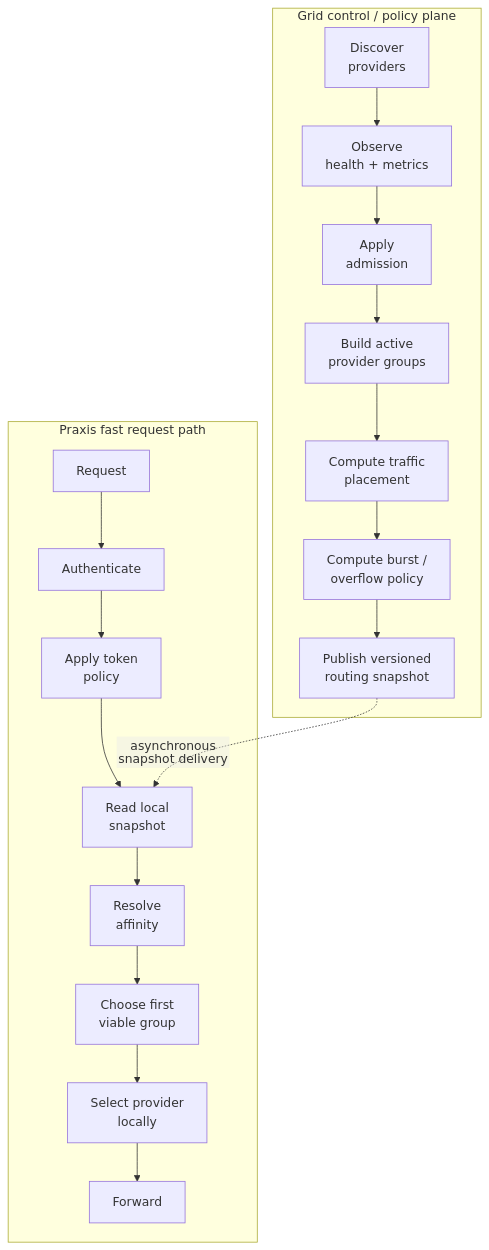
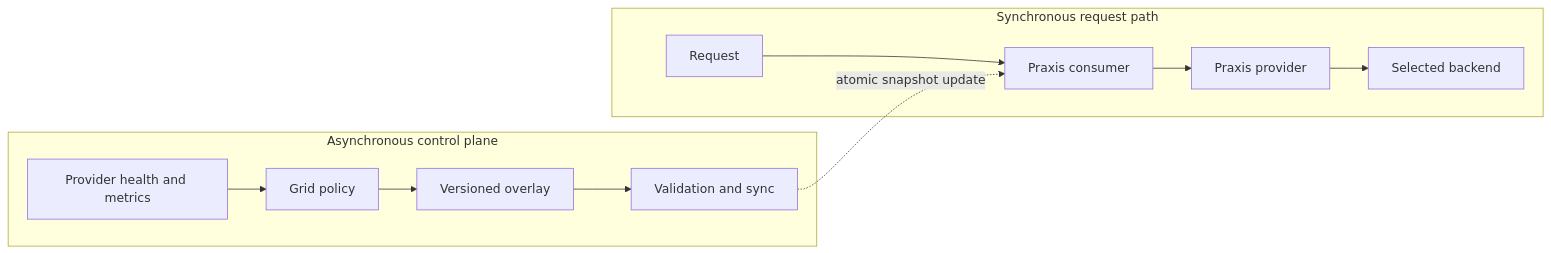
One commit to nerdalert/experimental changed the second of 5 diagrams in demos/grid-cloud-burst/README.md. Above: the diagram before and after it, drawn with Mermaid. The commit also changed other lines of this file and 6 other files, not shown here.

Commit message:
docs(burst): sync manifests and deployment scripts

````diff
--- a/demos/grid-cloud-burst/README.md
+++ b/demos/grid-cloud-burst/README.md
@@ -104,30 +102,14 @@
 ```mermaid
-%%{init: {"flowchart": {"htmlLabels": false}}}%%
-flowchart TB
-    subgraph CP["Grid control / policy plane"]
-        D["Discover<br/>providers"]
-        O["Observe<br/>health + metrics"]
-        A["Apply<br/>admission"]
-        G["Build active<br/>provider groups"]
-        P["Compute traffic<br/>placement"]
-        B["Compute burst /<br/>overflow policy"]
-        V["Publish versioned<br/>routing snapshot"]
-
-        D --> O --> A --> G --> P --> B --> V
+flowchart LR
+    subgraph Control["Asynchronous control plane"]
+        Metrics["Provider health and metrics"] --> Grid["Grid policy"]
+        Grid --> Overlay["Versioned overlay"]
+        Overlay --> Sync["Validation and sync"]
     end
-
-    subgraph DP["Praxis fast request path"]
-        R["Request"]
-        I["Authenticate"]
-        T["Apply token<br/>policy"]
-        S["Read local<br/>snapshot"]
-        F["Resolve<br/>affinity"]
-        C["Choose first<br/>viable group"]
-        W["Select provider<br/>locally"]
-        U["Forward"]
-
-        R --> I --> T --> S --> F --> C --> W --> U
+    subgraph Request["Synchronous request path"]
+        Client["Request"] --> Consumer["Praxis consumer"]
+        Consumer --> Provider["Praxis provider"]
+        Provider --> Backend["Selected backend"]
     end
-
-    V -. "asynchronous<br/>snapshot delivery" .-> S
+    Sync -. "atomic snapshot update" .-> Consumer
 ```
````
